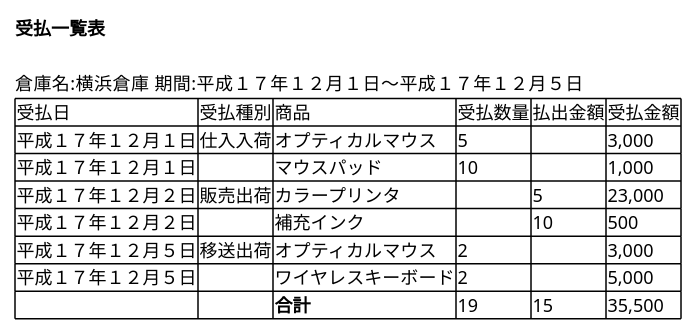
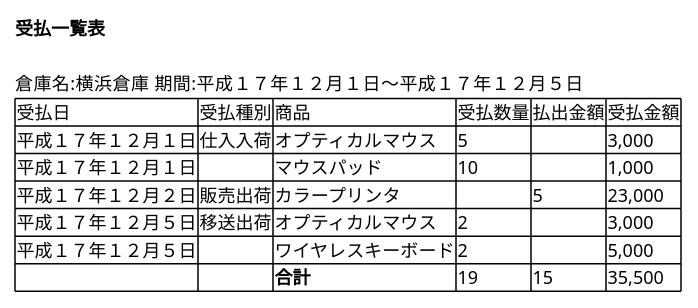
Before and after one commit to k2works/etude_for_rails: the eighth of 11 diagrams in docs/dev/sales_modeling/inventory.md, drawn with PlantUML. The commit also changed other lines of this file and 12 other files, not shown here.

````diff
--- a/docs/dev/sales_modeling/inventory.md
+++ b/docs/dev/sales_modeling/inventory.md
@@ -214,19 +214,19 @@
 ```puml
 @startsalt
 {
 **受払一覧表**
 .
 倉庫名:横浜倉庫    期間:平成１７年１２月１日〜平成１７年１２月５日
 {#
 受払日 | 受払種別 | 商品 | 受払数量 | 払出金額 | 受払金額 
 平成１７年１２月１日 | 仕入入荷 | オプティカルマウス | 5 | . | 3,000  
 平成１７年１２月１日 | . | マウスパッド | 10 | . | 1,000  
-平成１７年１２月２日 | 販売出荷 | カラープリンタ | . | 5 | 23,000 
-平成１７年１２月２日 | . | 補充インク | . | 10 | 500
+平成１７年１２月２日 | 販売出荷 | カラープリンタ | . | 5 | 23,000
+
 平成１７年１２月５日 | 移送出荷 | オプティカルマウス | 2 | . | 3,000  
 平成１７年１２月５日 | . | ワイヤレスキーボード | 2 | . | 5,000
 | .| . |**合計** | 19 | 15 | 35,500
 }
 }
 @endsalt
 ```
````
